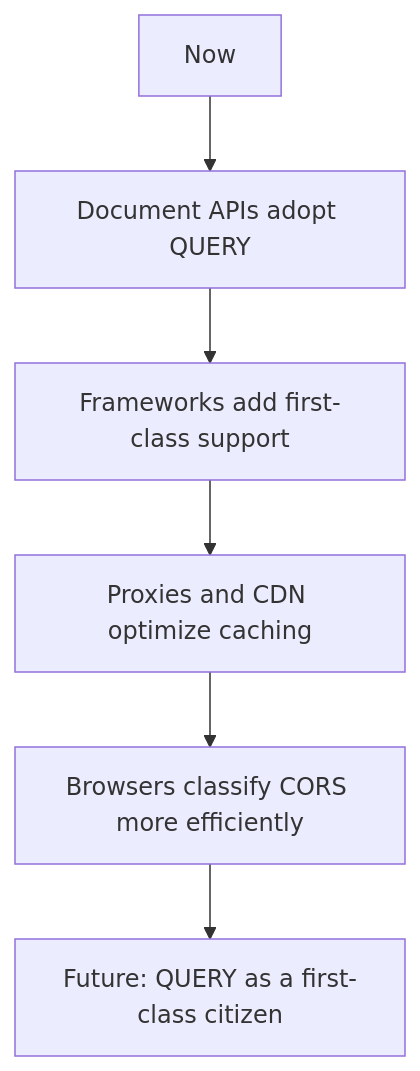
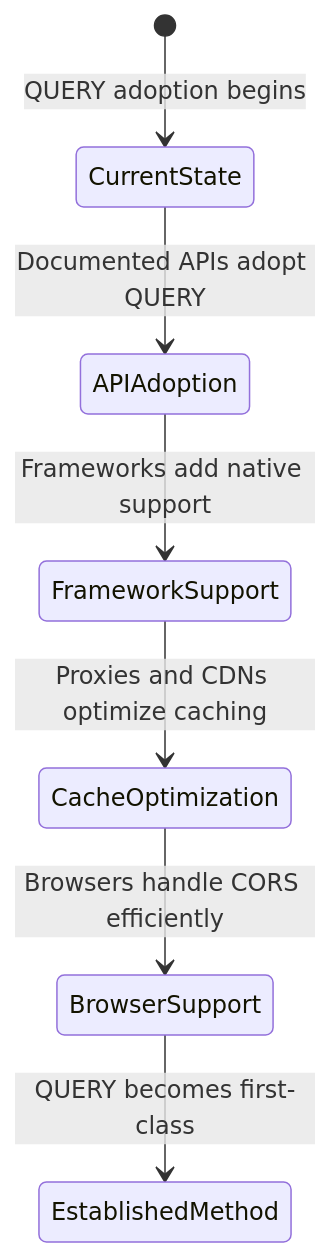
The ninth of 9 diagrams in content/articles/http-query-method/index.md (dyotamo/blog), drawn with Mermaid before and after one commit. The commit also changed other lines of this file and 26 other files, not shown here.

````diff
--- a/content/articles/http-query-method/index.md
+++ b/content/articles/http-query-method/index.md
@@ -358,8 +371,9 @@
 ```mermaid
-graph TD
-    N[Now] --> S1[Document APIs adopt QUERY]
-    S1 --> S2[Frameworks add first-class support]
-    S2 --> S3[Proxies and CDN optimize caching]
-    S3 --> S4[Browsers classify CORS more efficiently]
-    S4 --> F[Future: QUERY as a first-class citizen]
+stateDiagram-v2
+    [*] --> CurrentState : QUERY adoption begins
+    CurrentState --> APIAdoption : Documented APIs adopt QUERY
+    APIAdoption --> FrameworkSupport : Frameworks add native support
+    FrameworkSupport --> CacheOptimization : Proxies and CDNs optimize caching
+    CacheOptimization --> BrowserSupport : Browsers handle CORS efficiently
+    BrowserSupport --> EstablishedMethod : QUERY becomes first-class
 ```
````
